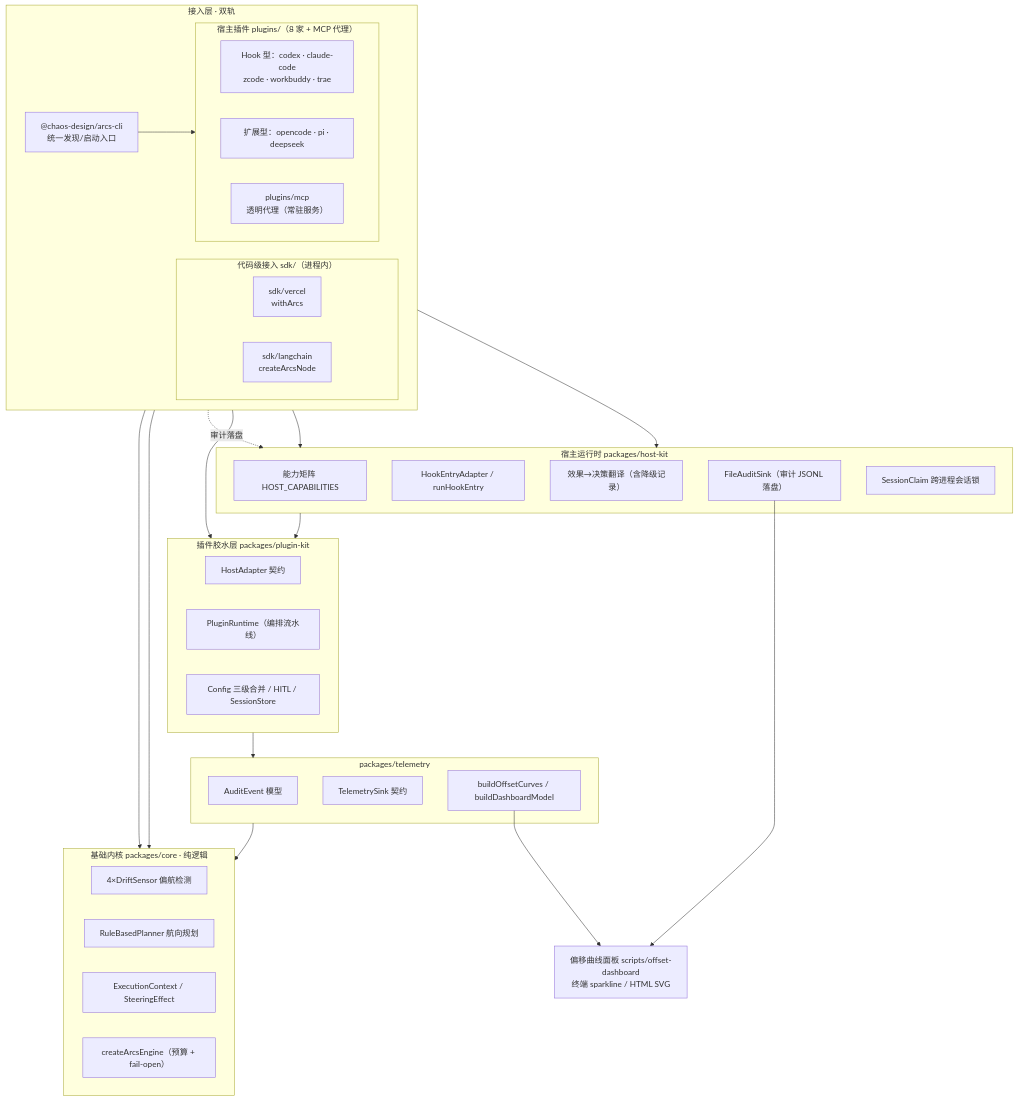
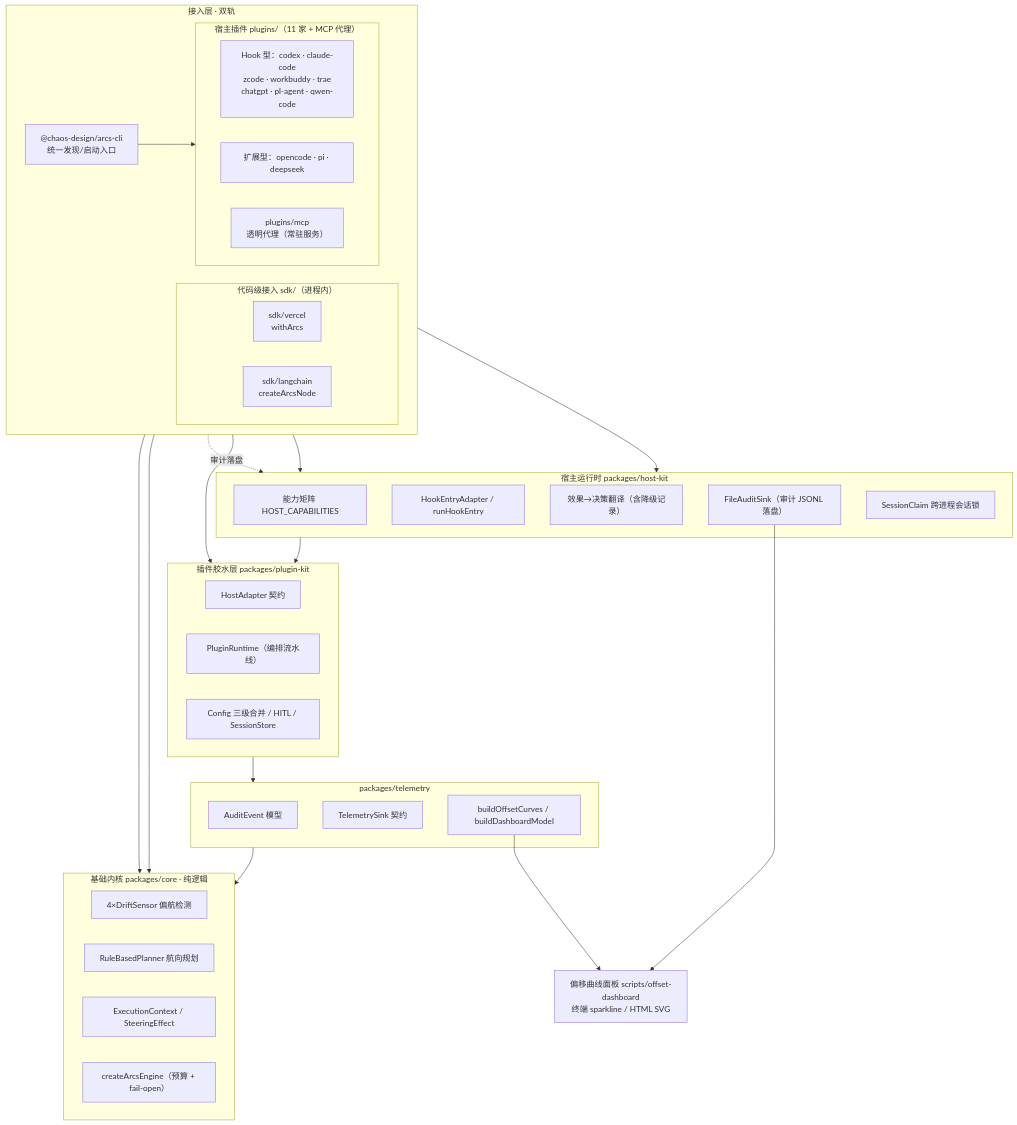
The first of 3 diagrams in docs/architecture.md (chaos-design/arcs), drawn with Mermaid before and after one commit. The commit also changed other lines of this file and 69 other files, not shown here.

First line of the commit message:
feat(plugins): 统一 Hook 原语并新增 ChatGPT/PL Agent/Qwen Code 三个宿主插件

````diff
--- a/docs/architecture.md
+++ b/docs/architecture.md
@@ -23,54 +23,54 @@
 ```mermaid
 flowchart TB
   subgraph L1["接入层 · 双轨"]
     direction LR
     subgraph SDK["代码级接入 sdk/（进程内）"]
       SV["sdk/vercel<br/>withArcs"]
       SL["sdk/langchain<br/>createArcsNode"]
     end
-    subgraph PL["宿主插件 plugins/（8 家 + MCP 代理）"]
+    subgraph PL["宿主插件 plugins/（11 家 + MCP 代理）"]
       direction LR
-      NATIVE["Hook 型：codex · claude-code<br/>zcode · workbuddy · trae"]
+      NATIVE["Hook 型：codex · claude-code<br/>zcode · workbuddy · trae<br/>chatgpt · pl-agent · qwen-code"]
       EXT["扩展型：opencode · pi · deepseek"]
       MCPP["plugins/mcp<br/>透明代理（常驻服务）"]
     end
     CLI["@chaos-design/arcs-cli<br/>统一发现/启动入口"]
   end
   subgraph HK["宿主运行时 packages/host-kit"]
     CAP["能力矩阵 HOST_CAPABILITIES"]
     HOOK["HookEntryAdapter / runHookEntry"]
     DEC["效果→决策翻译（含降级记录）"]
     AUDIT["FileAuditSink（审计 JSONL 落盘）"]
     CLAIM["SessionClaim 跨进程会话锁"]
   end
   subgraph KIT["插件胶水层 packages/plugin-kit"]
     HA["HostAdapter 契约"]
     RT["PluginRuntime（编排流水线）"]
     BR["Config 三级合并 / HITL / SessionStore"]
   end
   subgraph TELE["packages/telemetry"]
     AE["AuditEvent 模型"]
     TS["TelemetrySink 契约"]
     CURVE["buildOffsetCurves / buildDashboardModel"]
   end
   subgraph CORE["基础内核 packages/core · 纯逻辑"]
     SENSE["4×DriftSensor 偏航检测"]
     PLAN["RuleBasedPlanner 航向规划"]
     MODEL["ExecutionContext / SteeringEffect"]
     ENG["createArcsEngine（预算 + fail-open）"]
   end
   DASH["偏移曲线面板 scripts/offset-dashboard<br/>终端 sparkline / HTML SVG"]
 
   NATIVE --> HK
   EXT --> HK
   MCPP --> KIT
   MCPP -.审计落盘.-> HK
   HK --> KIT
   KIT --> TELE
   TELE --> CORE
   SV --> CORE
   SL --> CORE
   CLI --> MCPP
   AUDIT --> DASH
   CURVE --> DASH
 ```
````
